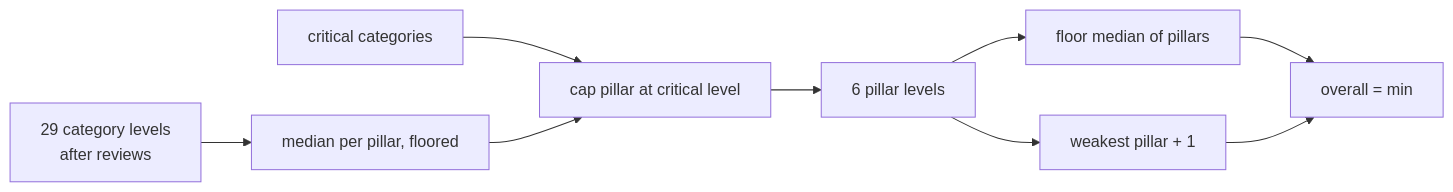
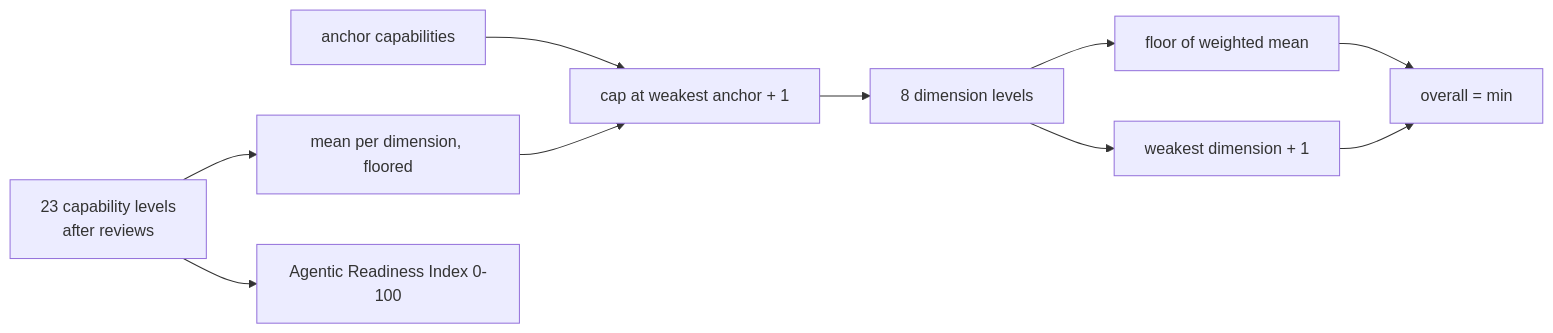
Before and after one commit to jagadishmazure-jpg/Jagadish-ai-maturity-assessment: the diagram in docs/components/rollup.md, drawn with Mermaid. The commit also changed other lines of this file and 12 other files, not shown here.

````diff
--- a/docs/components/rollup.md
+++ b/docs/components/rollup.md
@@ -15,10 +17,11 @@
 ```mermaid
 flowchart LR
-  C[29 category levels<br/>after reviews] --> M[median per pillar, floored]
-  K[critical categories] --> CAP[cap pillar at critical level]
-  M --> CAP --> P[6 pillar levels]
-  P --> O[floor median of pillars]
-  P --> W[weakest pillar + 1]
+  C[23 capability levels<br/>after reviews] --> M[mean per dimension, floored]
+  K[anchor capabilities] --> CAP[cap at weakest anchor + 1]
+  M --> CAP --> P[8 dimension levels]
+  P --> O[floor of weighted mean]
+  P --> W[weakest dimension + 1]
   O --> F[overall = min]
   W --> F
+  C --> I[Agentic Readiness Index 0-100]
 ```
````
